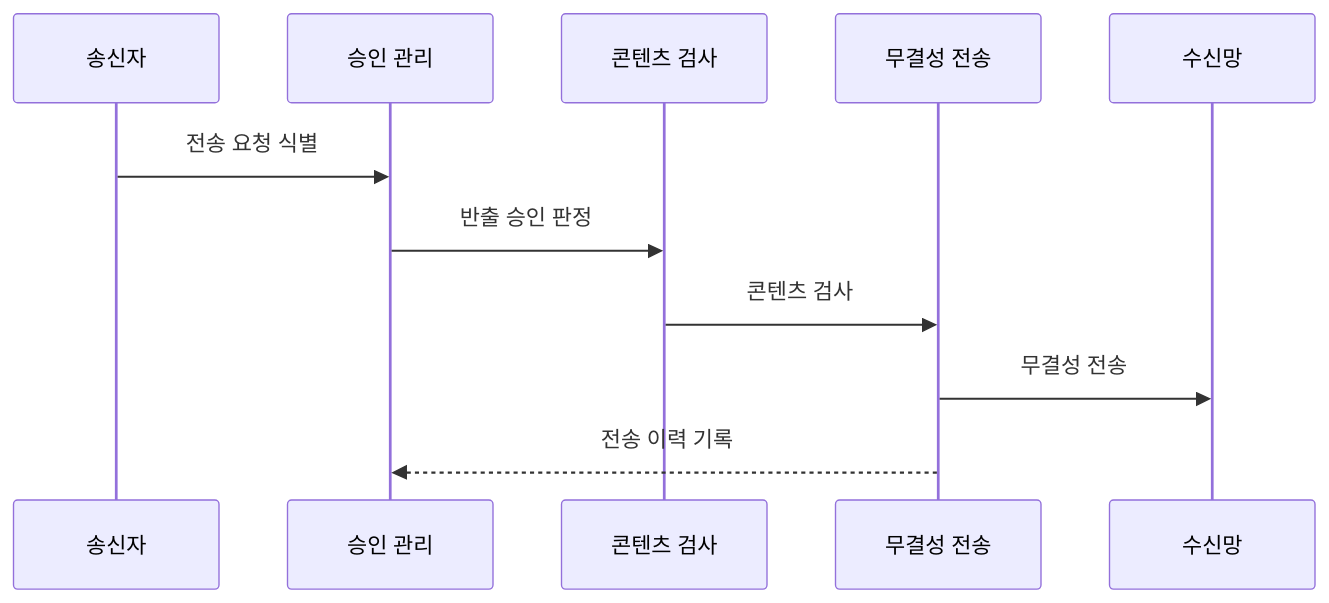
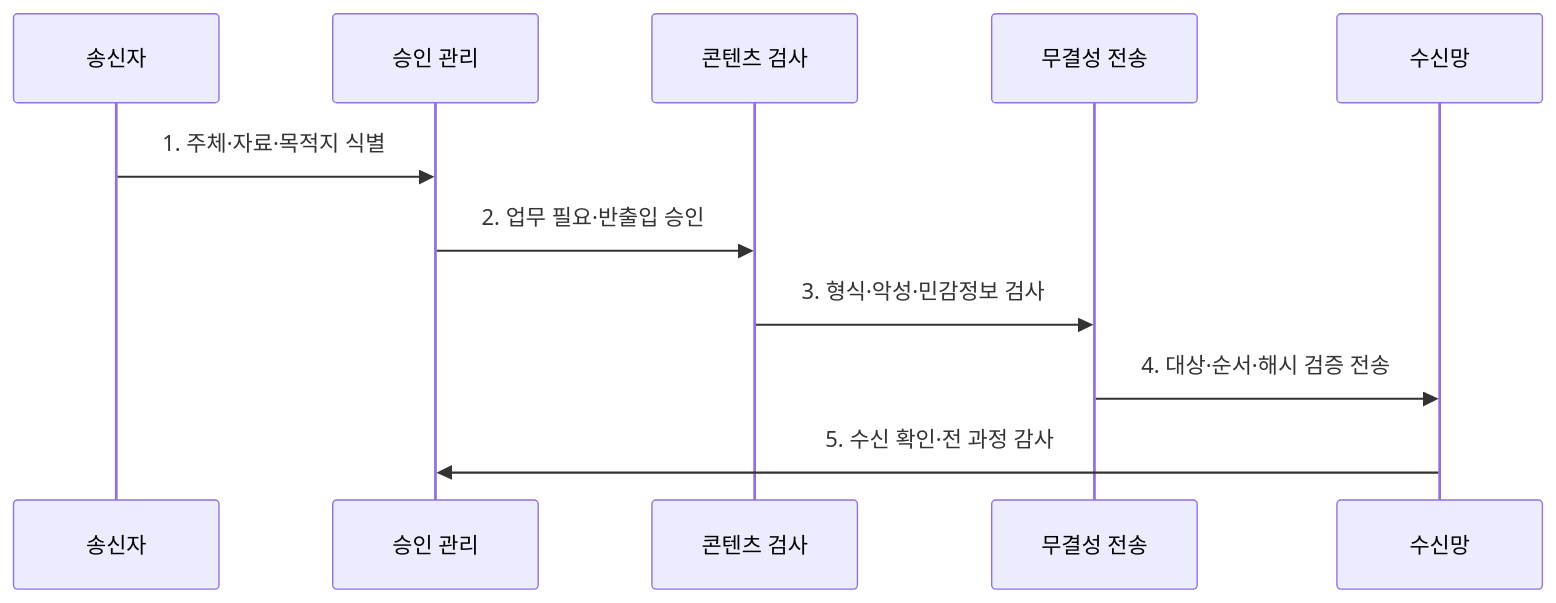
One commit to agnusdei1207/knowledge-base changed the second of 2 diagrams in src/content/docs/notes/05-security/140_network_separation_bridging.md. Above: the diagram before and after it, drawn with Mermaid. The commit also changed other lines of this file and 6 other files, not shown here.

````diff
--- a/src/content/docs/notes/05-security/140_network_separation_bridging.md
+++ b/src/content/docs/notes/05-security/140_network_separation_bridging.md
@@ -93,13 +80,13 @@
 ```mermaid
 sequenceDiagram
-    participant S as 송신자
-    participant A as 승인 관리
-    participant C as 콘텐츠 검사
-    participant T as 무결성 전송
-    participant D as 수신망
-    S->>A: 전송 요청 식별
-    A->>C: 반출 승인 판정
-    C->>T: 콘텐츠 검사
-    T->>D: 무결성 전송
-    T-->>A: 전송 이력 기록
+  participant S as 송신자
+  participant A as 승인 관리
+  participant C as 콘텐츠 검사
+  participant T as 무결성 전송
+  participant D as 수신망
+  S->>A: 1. 주체·자료·목적지 식별
+  A->>C: 2. 업무 필요·반출입 승인
+  C->>T: 3. 형식·악성·민감정보 검사
+  T->>D: 4. 대상·순서·해시 검증 전송
+  D->>A: 5. 수신 확인·전 과정 감사
 ```
````
